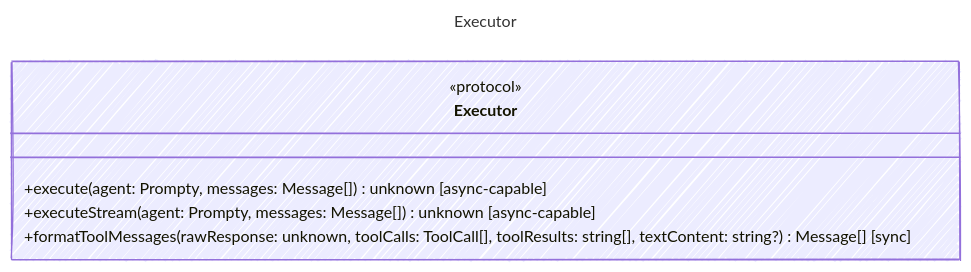
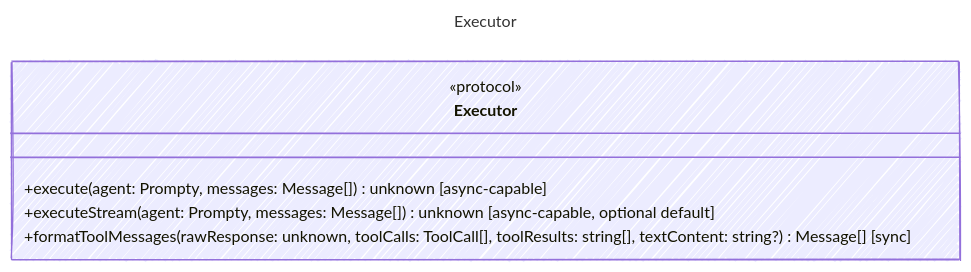
Before and after one commit to microsoft/prompty: the diagram in web/src/content/docs/reference/Executor.md, drawn with Mermaid. The commit also changed other lines of this file and 1472 other files, not shown here.

````diff
--- a/web/src/content/docs/reference/Executor.md
+++ b/web/src/content/docs/reference/Executor.md
@@ -12,17 +12,17 @@
 ```mermaid
 ---
 title: Executor
 config:
   look: handDrawn
   theme: colorful
   class:
     hideEmptyMembersBox: true
 ---
 classDiagram
     class Executor {
       <<protocol>>
         +execute(agent: Prompty, messages: Message[]) unknown [async-capable]
-        +executeStream(agent: Prompty, messages: Message[]) unknown [async-capable]
+        +executeStream(agent: Prompty, messages: Message[]) unknown [async-capable, optional default]
         +formatToolMessages(rawResponse: unknown, toolCalls: ToolCall[], toolResults: string[], textContent: string?) Message[] [sync]
     }
 ```
````
